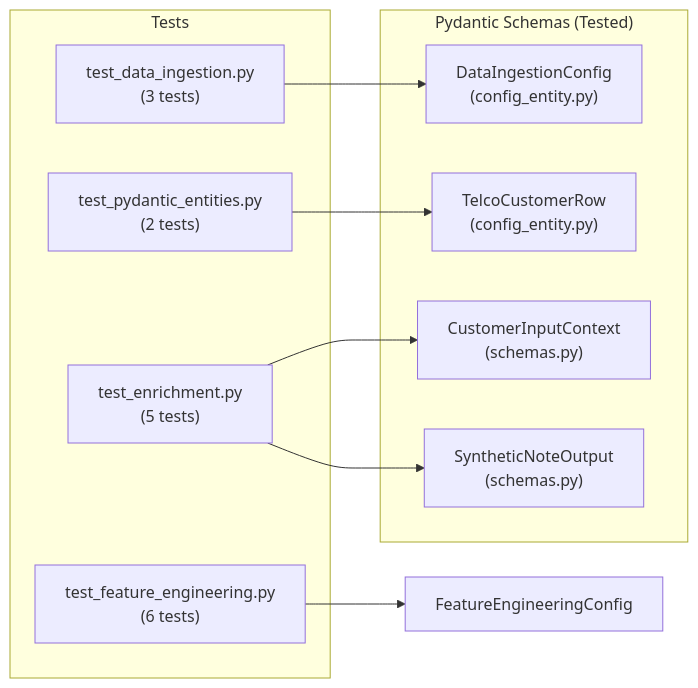
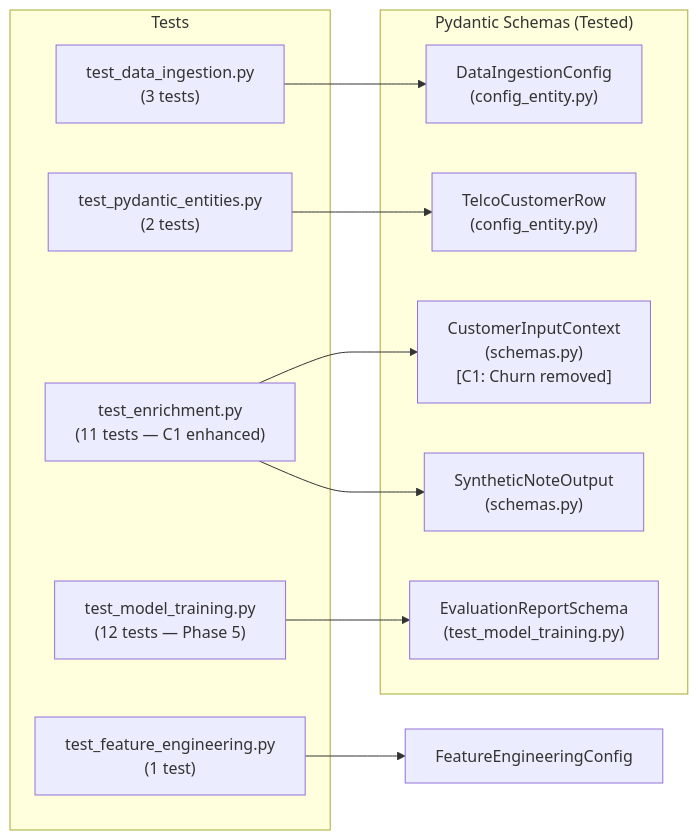
The diagram in reports/docs/runbooks/test_suite.md (SebastianGarrido2790/ai-ml-telecom-customer-churn), drawn with Mermaid before and after one commit. The commit also changed other lines of this file and 43 other files, not shown here.

Commit message:
feat: implement stage 06 model training and unify documentation

````diff
--- a/reports/docs/runbooks/test_suite.md
+++ b/reports/docs/runbooks/test_suite.md
@@ -162,22 +198,25 @@
 ```mermaid
 graph LR
     subgraph "Pydantic Schemas (Tested)"
         DataIngestionConfig["DataIngestionConfig\n(config_entity.py)"]
         TelcoCustomerRow["TelcoCustomerRow\n(config_entity.py)"]
-        CustomerInputContext["CustomerInputContext\n(schemas.py)"]
+        CustomerInputContext["CustomerInputContext\n(schemas.py)\n[C1: Churn removed]"]
         SyntheticNoteOutput["SyntheticNoteOutput\n(schemas.py)"]
+        EvaluationReportSchema["EvaluationReportSchema\n(test_model_training.py)"]
     end
 
     subgraph "Tests"
         T0["test_data_ingestion.py\n(3 tests)"]
         T1["test_pydantic_entities.py\n(2 tests)"]
-        T2["test_enrichment.py\n(5 tests)"]
-        T3["test_feature_engineering.py\n(6 tests)"]
+        T2["test_enrichment.py\n(11 tests — C1 enhanced)"]
+        T3["test_feature_engineering.py\n(1 test)"]
+        T4["test_model_training.py\n(12 tests — Phase 5)"]
     end
 
     T0 --> DataIngestionConfig
     T1 --> TelcoCustomerRow
     T2 --> CustomerInputContext
     T2 --> SyntheticNoteOutput
     T3 --> FeatureEngineeringConfig
+    T4 --> EvaluationReportSchema
 ```
````
